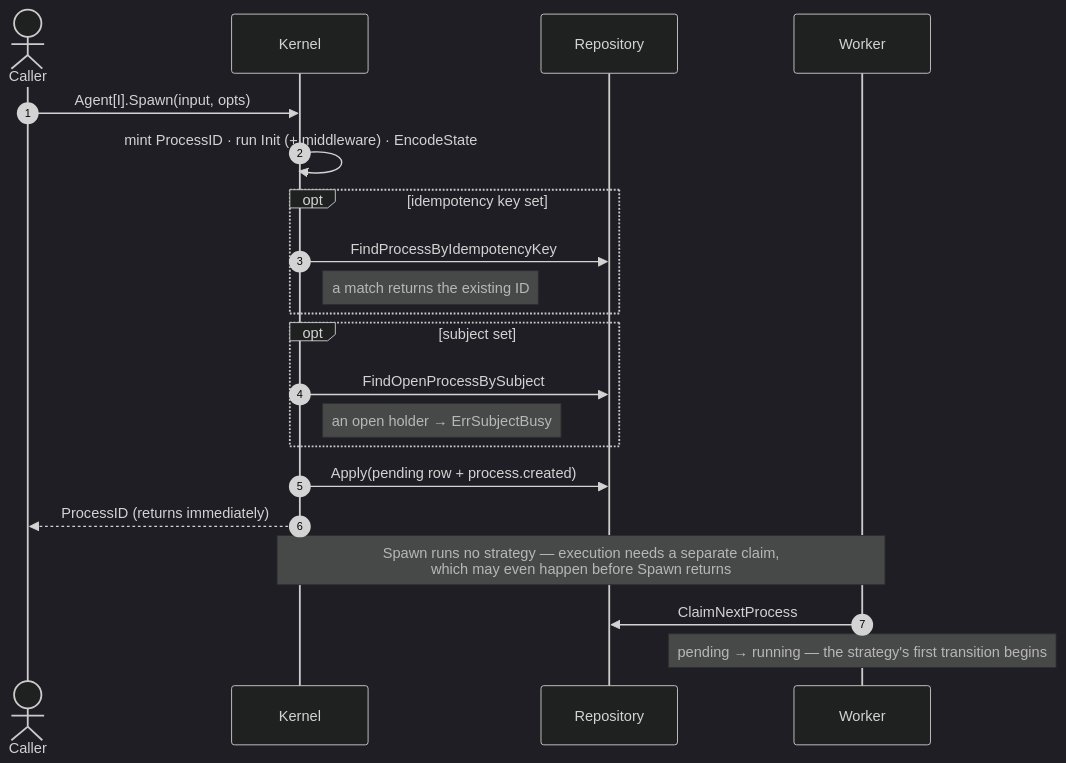
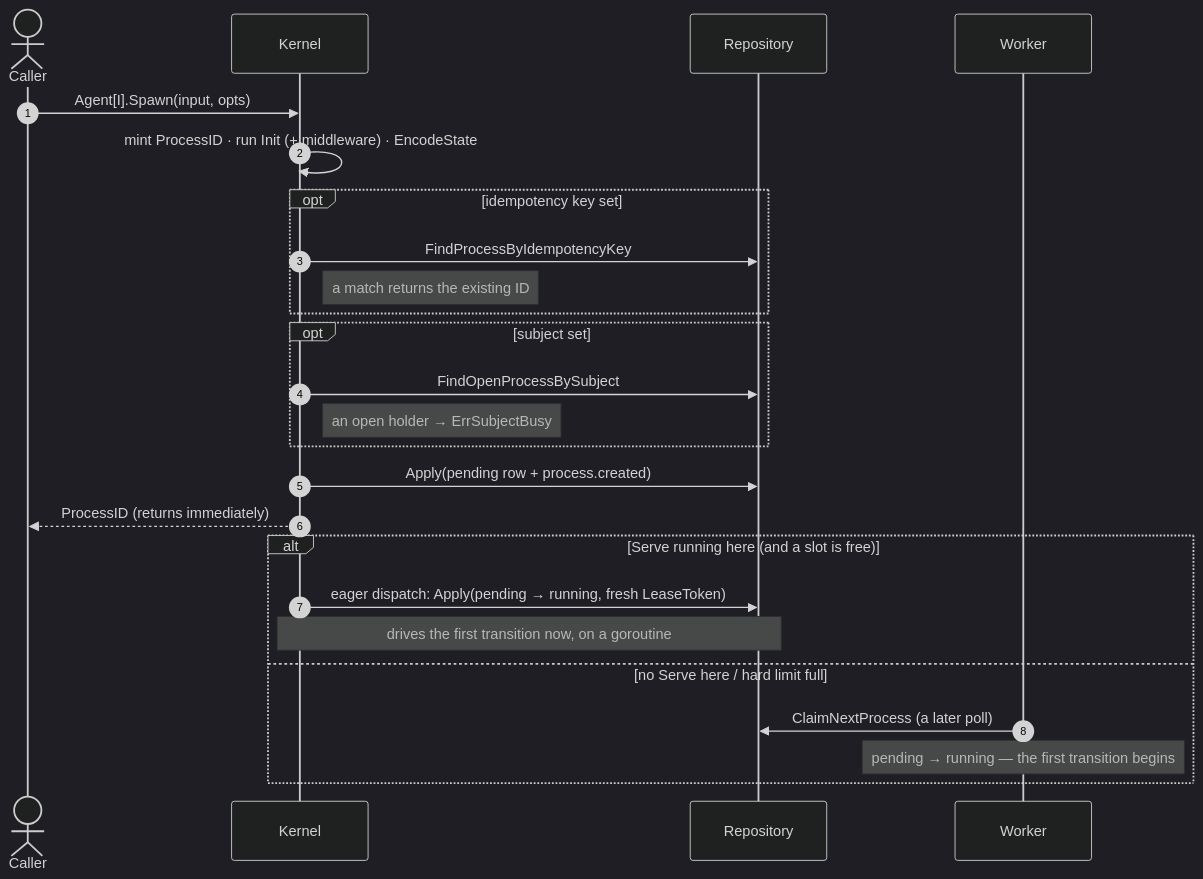
The second of 5 diagrams in docs/design/process-lifecycle.md (gollem-dev/agentkit), drawn with Mermaid (dark theme) before and after one commit. The commit also changed other lines of this file and 27 other files, not shown here.

Commit message:
feat: eager in-process dispatch and two-tier concurrency (#11)

````diff
--- a/docs/design/process-lifecycle.md
+++ b/docs/design/process-lifecycle.md
@@ -62,24 +67,28 @@
 ```mermaid
 sequenceDiagram
   autonumber
   actor App as Caller
   participant K as Kernel
   participant R as Repository
   participant W as Worker
 
   App->>K: Agent[I].Spawn(input, opts)
   K->>K: mint ProcessID · run Init (+ middleware) · EncodeState
   opt idempotency key set
     K->>R: FindProcessByIdempotencyKey
     Note right of K: a match returns the existing ID
   end
   opt subject set
     K->>R: FindOpenProcessBySubject
     Note right of K: an open holder → ErrSubjectBusy
   end
   K->>R: Apply(pending row + process.created)
   K-->>App: ProcessID (returns immediately)
-  Note over K,W: Spawn runs no strategy — execution needs a separate claim,<br/>which may even happen before Spawn returns
-  W->>R: ClaimNextProcess
-  Note over W: pending → running — the strategy's first transition begins
+  alt Serve running here (and a slot is free)
+    K->>R: eager dispatch: Apply(pending → running, fresh LeaseToken)
+    Note over K,R: drives the first transition now, on a goroutine
+  else no Serve here / hard limit full
+    W->>R: ClaimNextProcess (a later poll)
+    Note over W: pending → running — the first transition begins
+  end
 ```
````
